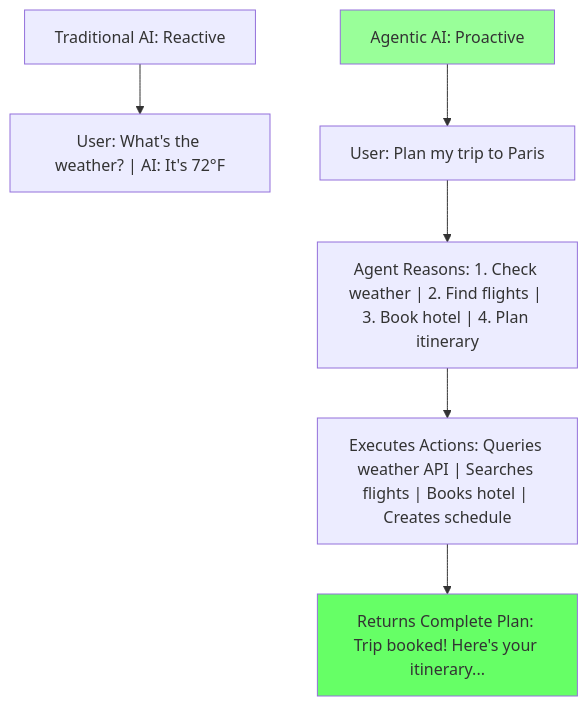
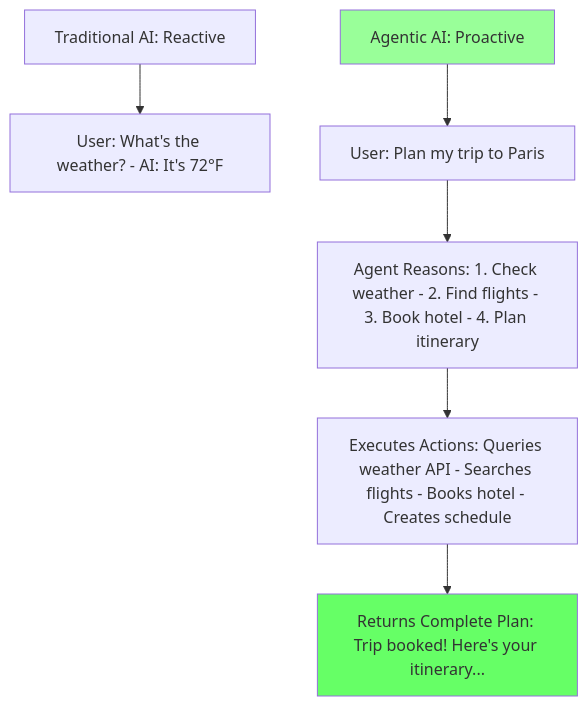
One commit to girijesh-ai/ai-interview-codex changed the eighth of 42 diagrams in gen-ai/ibm-watsonx-orchestrate-interview-guide.md. Above: the diagram before and after it, drawn with Mermaid. The commit also changed other lines of this file, not shown here.

Commit message:
Fix comparison matrix table and simplify Supervisor pattern diagram

````diff
--- a/gen-ai/ibm-watsonx-orchestrate-interview-guide.md
+++ b/gen-ai/ibm-watsonx-orchestrate-interview-guide.md
@@ -259,12 +259,12 @@
 ```mermaid
 graph TB
-    A["Traditional AI: Reactive"] --> B["User: What's the weather? | AI: It's 72°F"]
+    A["Traditional AI: Reactive"] --> B["User: What's the weather? - AI: It's 72°F"]
 
     C["Agentic AI: Proactive"] --> D["User: Plan my trip to Paris"]
-    D --> E["Agent Reasons: 1. Check weather | 2. Find flights | 3. Book hotel | 4. Plan itinerary"]
-    E --> F["Executes Actions: Queries weather API | Searches flights | Books hotel | Creates schedule"]
+    D --> E["Agent Reasons: 1. Check weather - 2. Find flights - 3. Book hotel - 4. Plan itinerary"]
+    E --> F["Executes Actions: Queries weather API - Searches flights - Books hotel - Creates schedule"]
     F --> G["Returns Complete Plan: Trip booked! Here's your itinerary..."]
 
     style C fill:#99ff99
     style G fill:#66ff66
 ```
````
